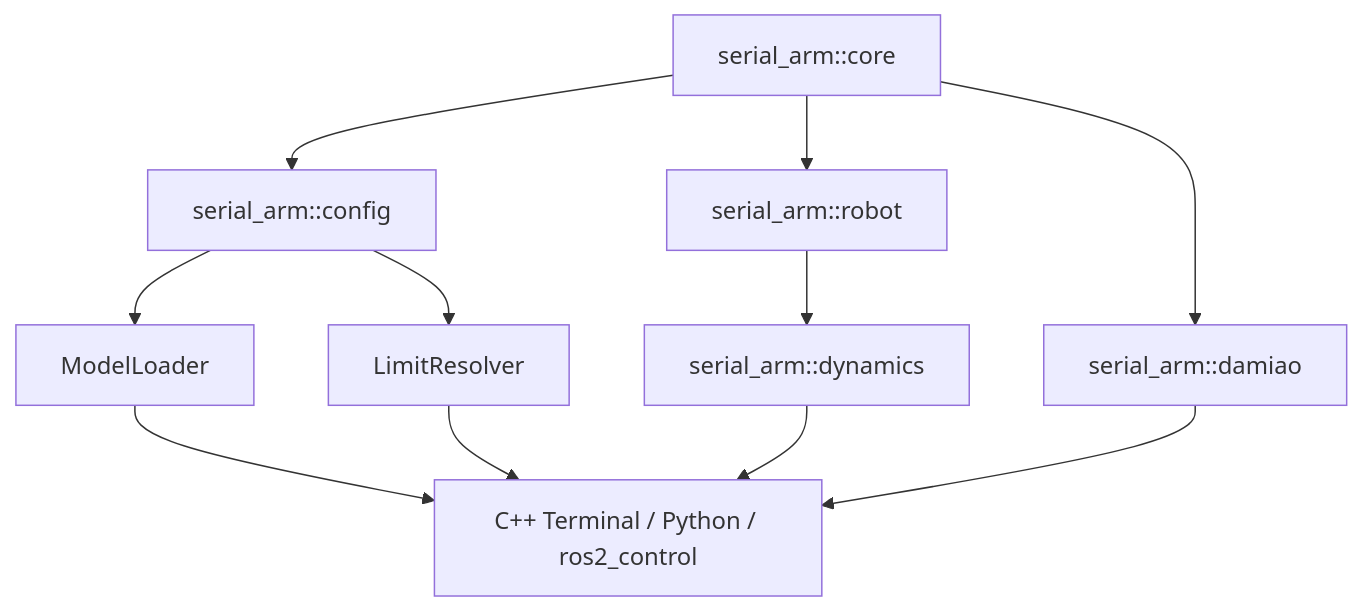
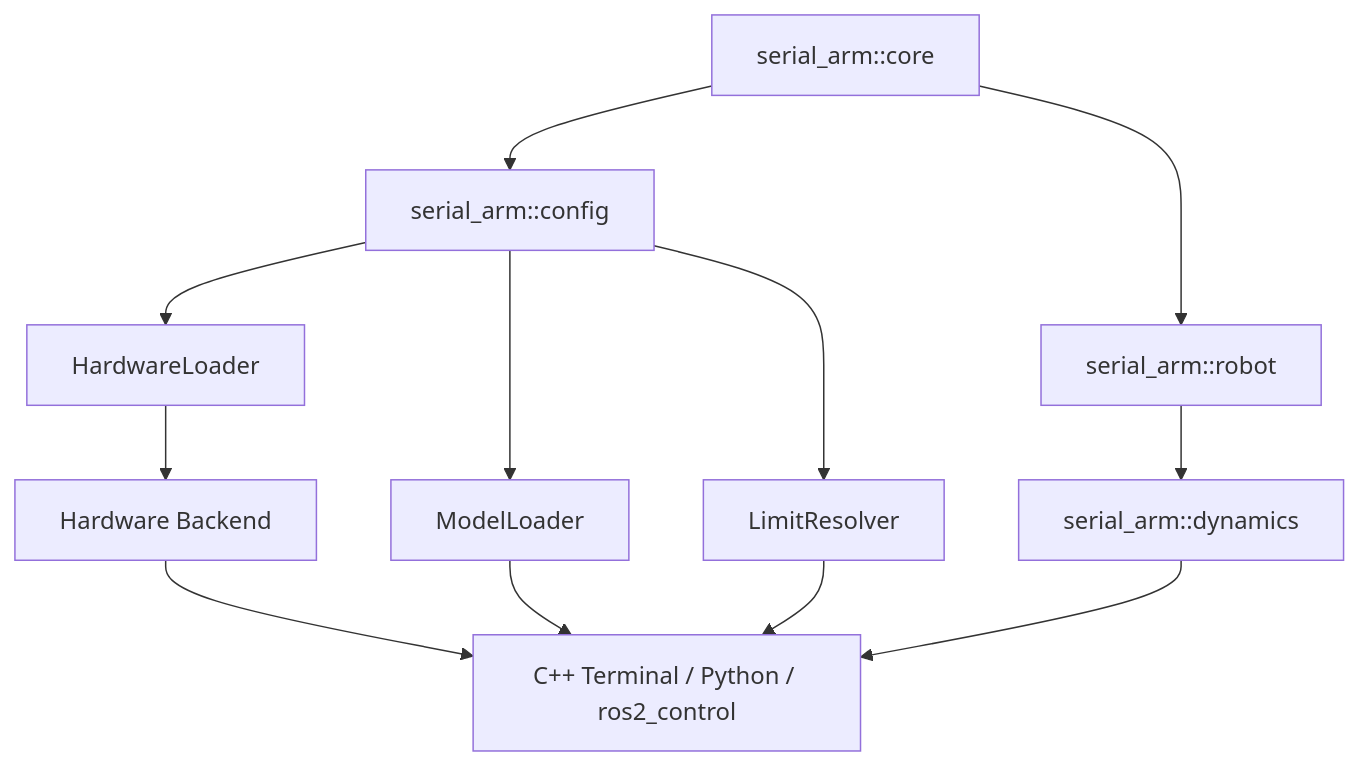
The second of 2 diagrams in README.md (Kaede-Rei/DM-Arm-Hardware-Interface), drawn with Mermaid before and after one commit. The commit also changed other lines of this file and 200 other files, not shown here.

Commit message:
refactor(serial_arm): 分离 serial_arm 和 robot_supports

````diff
--- a/README.md
+++ b/README.md
@@ -267,28 +302,30 @@
 ```mermaid
 flowchart TB
     CORE["serial_arm::core"]
 
     CONFIG["serial_arm::config"]
     ROBOT["serial_arm::robot"]
-    DAMIAO["serial_arm::damiao"]
+    LOADER["HardwareLoader"]
+    BACKEND["Hardware Backend"]
     DYNAMICS["serial_arm::dynamics"]
 
     MODEL["ModelLoader"]
     LIMIT["LimitResolver"]
 
     APP["C++ Terminal / Python / ros2_control"]
 
     CORE --> CONFIG
     CORE --> ROBOT
-    CORE --> DAMIAO
+    CONFIG --> LOADER
 
     CONFIG --> MODEL
     CONFIG --> LIMIT
 
     ROBOT --> DYNAMICS
 
     MODEL --> APP
     LIMIT --> APP
     DYNAMICS --> APP
-    DAMIAO --> APP
+    LOADER --> BACKEND
+    BACKEND --> APP
 ```
````
